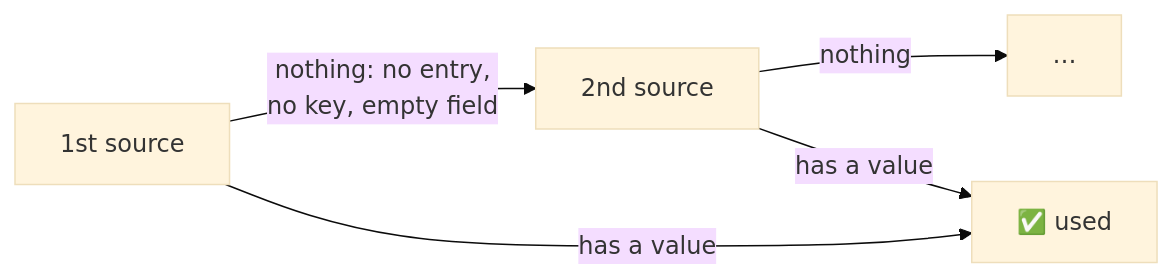
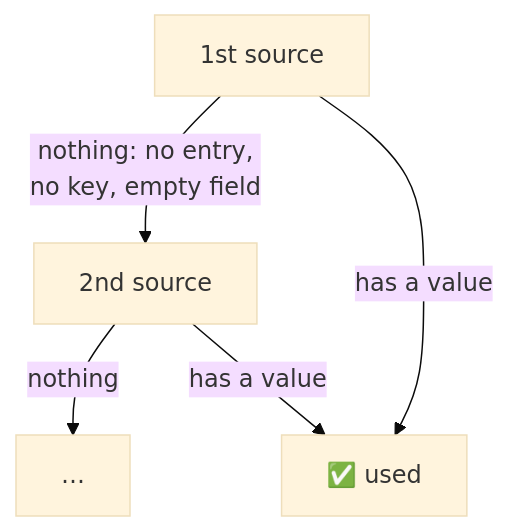
Before and after one commit to KurtzPT/kizuna: the first of 2 diagrams in SETTINGS.md, drawn with Mermaid (base theme). The commit also changed 7 other files, not shown here.

First line of the commit message:
Docs: render fixes from a pass on GitHub: diagrams no longer clipped or hidden by the zoom buttons, no sideways scrolling

````diff
--- a/SETTINGS.md
+++ b/SETTINGS.md
@@ -151,6 +151,6 @@
 ```mermaid
-flowchart LR
+flowchart TD
     A["1st source"] -- "nothing: no entry,<br/>no key, empty field" --> B["2nd source"] -- "nothing" --> C["…"]
     A -- "has a value" --> W["✅ used"]
     B -- "has a value" --> W
 ```
````
